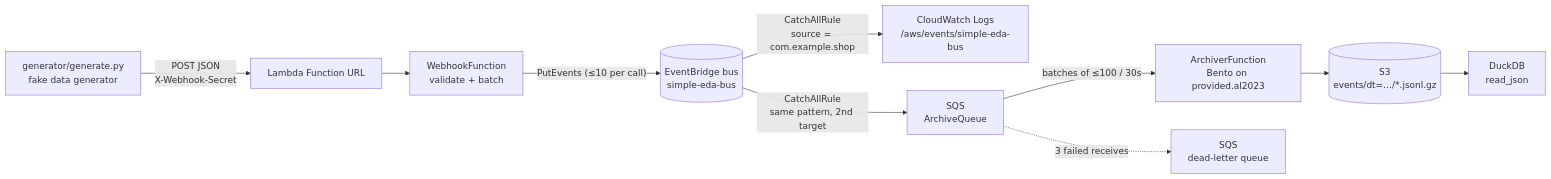
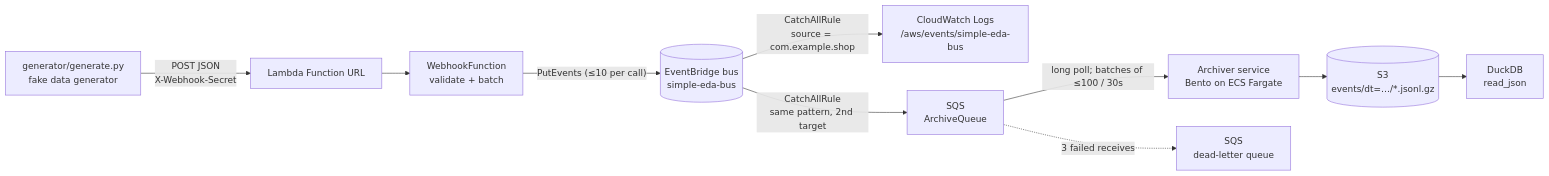
One commit to dataGriff/aws.eda.simple changed the diagram in README.md. Above: the diagram before and after it, drawn with Mermaid. The commit also changed other lines of this file and 16 other files, not shown here.

````diff
--- a/README.md
+++ b/README.md
@@ -12,12 +12,12 @@
 ```mermaid
 flowchart LR
     G[generator/generate.py<br/>fake data generator] -- "POST JSON<br/>X-Webhook-Secret" --> U[Lambda Function URL]
     U --> L[WebhookFunction<br/>validate + batch]
     L -- "PutEvents (≤10 per call)" --> B[(EventBridge bus<br/>simple-eda-bus)]
     B -- "CatchAllRule<br/>source = com.example.shop" --> C[CloudWatch Logs<br/>/aws/events/simple-eda-bus]
     B -- "CatchAllRule<br/>same pattern, 2nd target" --> Q[SQS<br/>ArchiveQueue]
-    Q -- "batches of ≤100 / 30s" --> A[ArchiverFunction<br/>Bento on provided.al2023]
+    Q -- "long poll; batches of ≤100 / 30s" --> A[Archiver service<br/>Bento on ECS Fargate]
     A --> S[(S3<br/>events/dt=…/*.jsonl.gz)]
     S --> D[DuckDB<br/>read_json]
     Q -. "3 failed receives" .-> X[SQS<br/>dead-letter queue]
 ```
````
